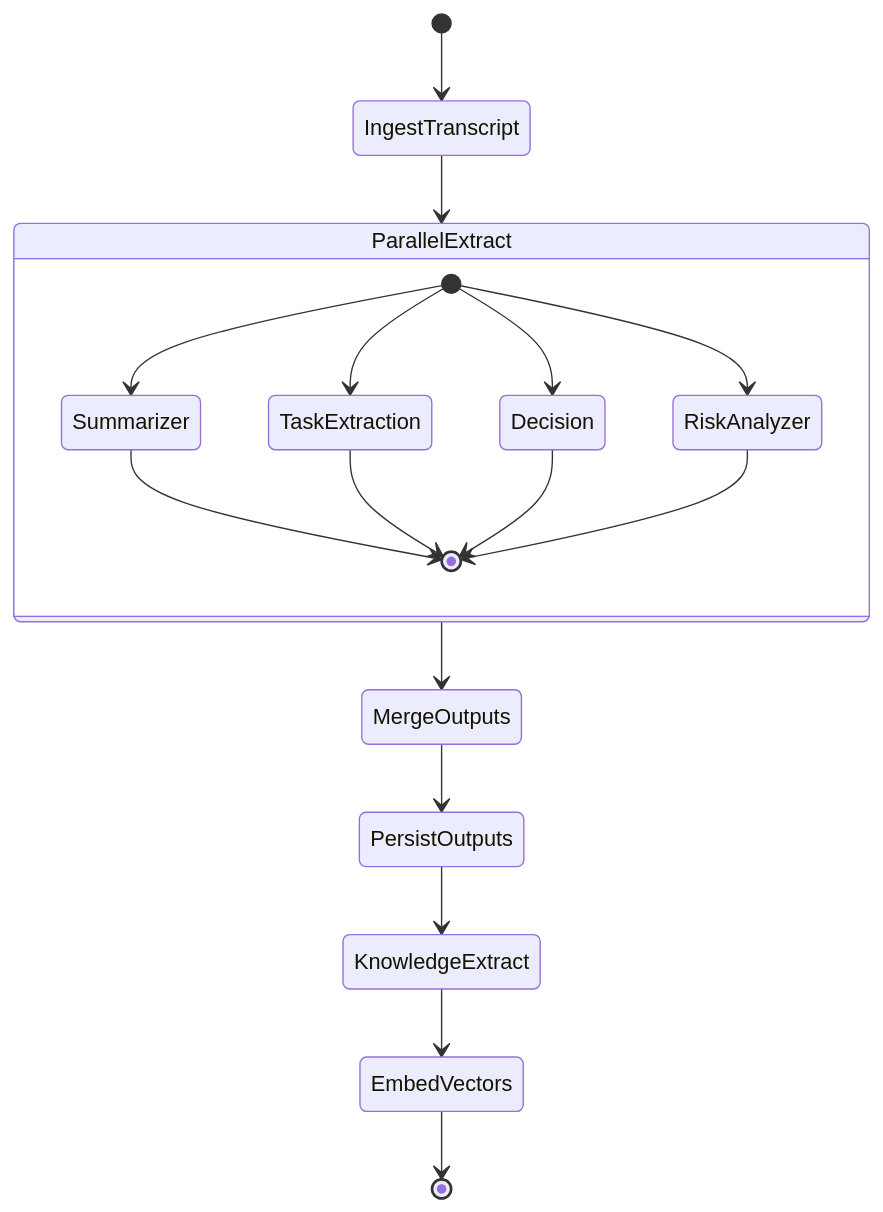
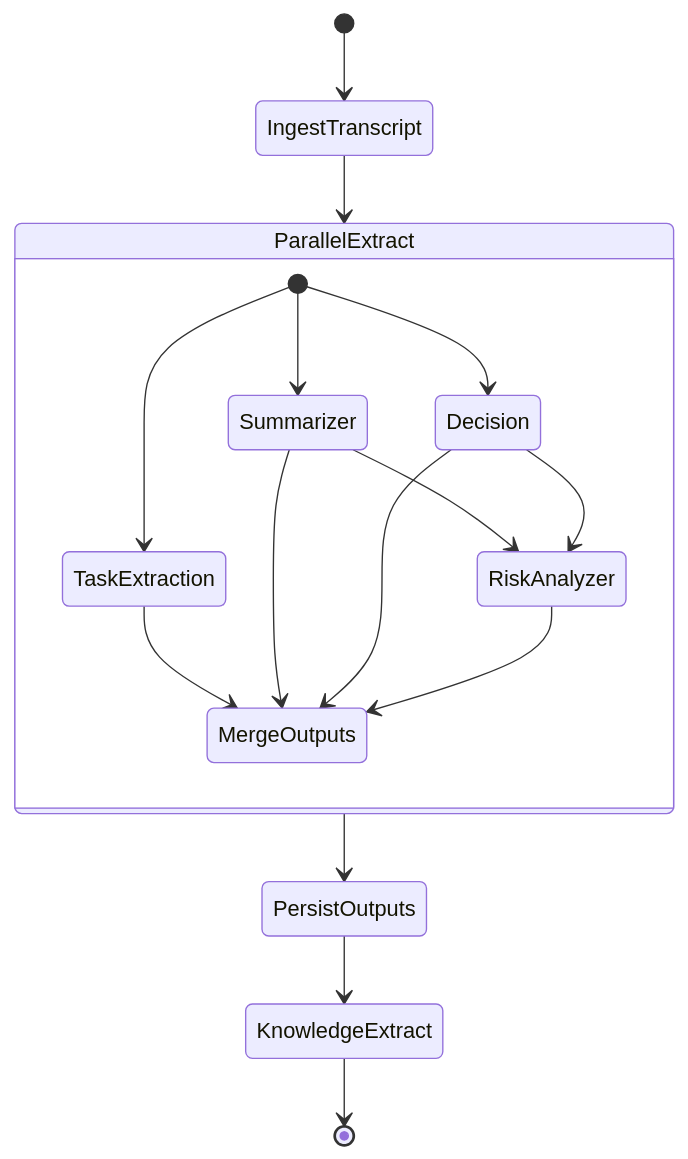
Before and after one commit to sumaiyabinterafiq97/AI-Meeting-Notes-Task-Manager: the tenth of 11 diagrams in docs/agent-flow.md, drawn with Mermaid. The commit also changed other lines of this file and 20 other files, not shown here.

````diff
--- a/docs/agent-flow.md
+++ b/docs/agent-flow.md
@@ -305,22 +307,21 @@
 ```mermaid
 stateDiagram-v2
     [*] --> IngestTranscript
     IngestTranscript --> ParallelExtract
 
     state ParallelExtract {
         [*] --> Summarizer
         [*] --> TaskExtraction
         [*] --> Decision
-        [*] --> RiskAnalyzer
-        Summarizer --> [*]
-        TaskExtraction --> [*]
-        Decision --> [*]
-        RiskAnalyzer --> [*]
+        Summarizer --> RiskAnalyzer
+        Decision --> RiskAnalyzer
+        TaskExtraction --> MergeOutputs
+        Summarizer --> MergeOutputs
+        Decision --> MergeOutputs
+        RiskAnalyzer --> MergeOutputs
     }
 
-    ParallelExtract --> MergeOutputs
-    MergeOutputs --> PersistOutputs
+    ParallelExtract --> PersistOutputs
     PersistOutputs --> KnowledgeExtract
-    KnowledgeExtract --> EmbedVectors
-    EmbedVectors --> [*]
+    KnowledgeExtract --> [*]
 ```
````
